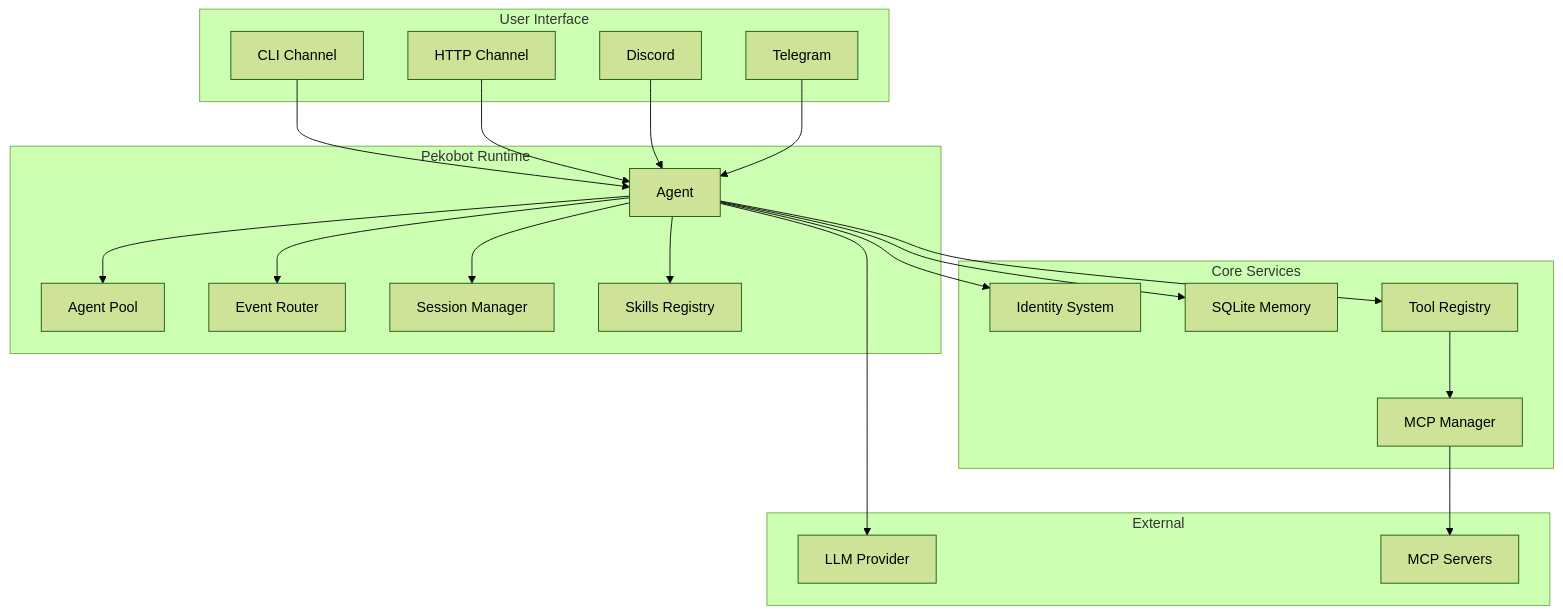
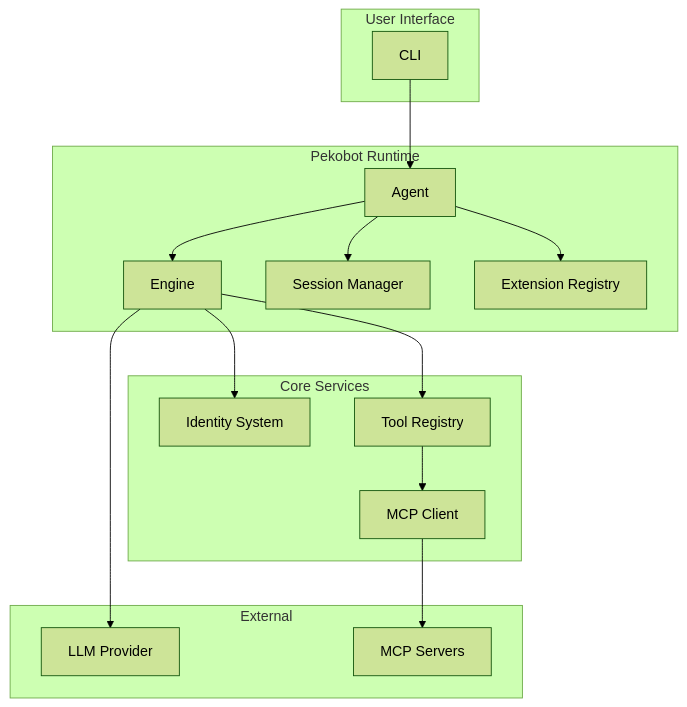
The first of 4 diagrams in docs/dev/ARCHITECTURE.md (ConekoAI/peko-runtime), drawn with Mermaid (forest theme) before and after one commit. The commit also changed other lines of this file and 60 other files, not shown here.

````diff
--- a/docs/dev/ARCHITECTURE.md
+++ b/docs/dev/ARCHITECTURE.md
@@ -29,44 +26,34 @@
 ```mermaid
 graph TB
     subgraph "User Interface"
-        CLI[CLI Channel]
-        HTTP[HTTP Channel]
-        DISCORD[Discord]
-        TELEGRAM[Telegram]
+        CLI[CLI]
     end
 
     subgraph "Pekobot Runtime"
         AGENT[Agent]
-        POOL[Agent Pool]
-        ROUTER[Event Router]
+        ENGINE[Engine]
         SESSION[Session Manager]
-        SKILLS[Skills Registry]
+        EXT[Extension Registry]
     end
 
     subgraph "Core Services"
         ID[Identity System]
-        MEM[SQLite Memory]
         TOOLS[Tool Registry]
-        MCP[MCP Manager]
+        MCP[MCP Client]
     end
 
     subgraph "External"
         LLM[LLM Provider]
         MCPS[MCP Servers]
     end
 
     CLI --> AGENT
-    HTTP --> AGENT
-    DISCORD --> AGENT
-    TELEGRAM --> AGENT
-    AGENT --> POOL
-    AGENT --> ROUTER
+    AGENT --> ENGINE
     AGENT --> SESSION
-    AGENT --> SKILLS
-    AGENT --> ID
-    AGENT --> MEM
-    AGENT --> TOOLS
-    AGENT --> LLM
+    AGENT --> EXT
+    ENGINE --> ID
+    ENGINE --> TOOLS
+    ENGINE --> LLM
     TOOLS --> MCP
     MCP --> MCPS
 ```
````
